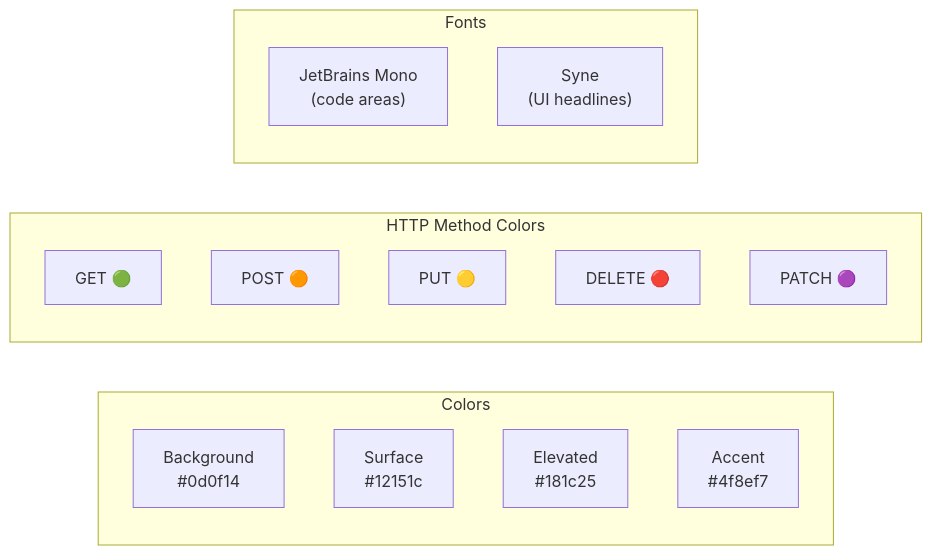
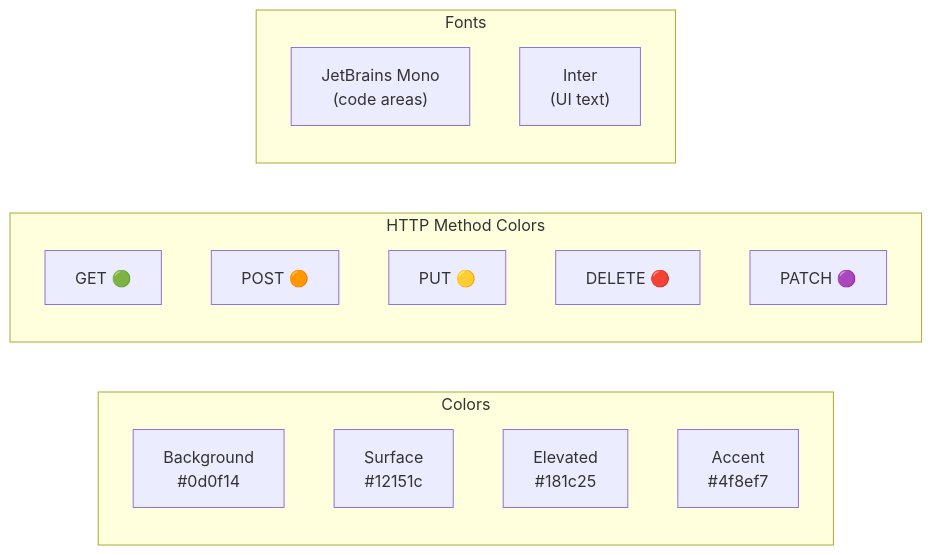
The eighth of 8 diagrams in docs/workflow-guide.md (achoo254/localman), drawn with Mermaid before and after one commit. The commit also changed other lines of this file and 12 other files, not shown here.

````diff
--- a/docs/workflow-guide.md
+++ b/docs/workflow-guide.md
@@ -241,22 +248,22 @@
 ```mermaid
 graph LR
     subgraph Colors
         BG["Background<br/>#0d0f14"]
         SF["Surface<br/>#12151c"]
         EL["Elevated<br/>#181c25"]
         AC["Accent<br/>#4f8ef7"]
     end
 
     subgraph Methods["HTTP Method Colors"]
         GET["GET 🟢"]
         POST["POST 🟠"]
         PUT["PUT 🟡"]
         DEL["DELETE 🔴"]
         PATCH["PATCH 🟣"]
     end
 
     subgraph Fonts
         Code["JetBrains Mono<br/>(code areas)"]
-        Head["Syne<br/>(UI headlines)"]
+        UI["Inter<br/>(UI text)"]
     end
 ```
````
